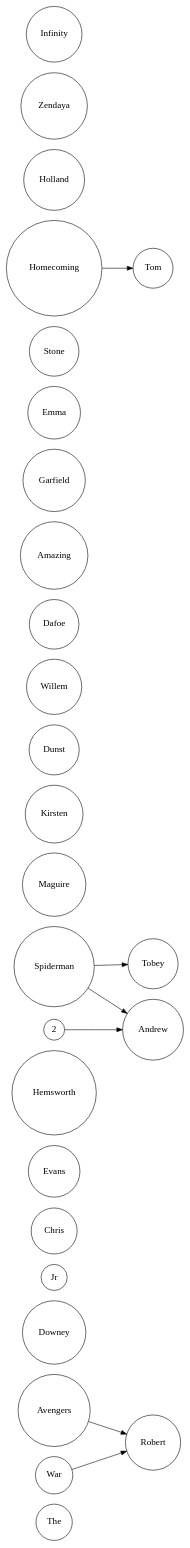
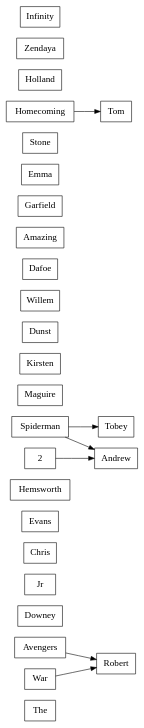
One commit to Billymust/Practica1_LFP changed the diagram in imagen.dot. Above: the diagram before and after it, drawn with Graphviz. The commit also changed 3 other files, not shown here.

```diff
--- a/imagen.dot
+++ b/imagen.dot
@@ -1,10 +1,10 @@
 digraph{  
 rankdir=LR 
-node[shape=circle, fontname="Arial Black", fontsize=16] 
+node[shape=record, fontname="Arial Black", fontsize=16] 
 The Avengers -> Robert Downey Jr,Chris Evans,Chris Hemsworth 
 Spiderman->Tobey Maguire,Kirsten Dunst,Willem Dafoe
 The Amazing Spiderman->Andrew Garfield,Emma Stone
 The Amazing Spiderman 2-> Andrew Garfield,Emma Stone
 Spiderman Homecoming->Tom Holland, Zendaya
 Avengers Infinity War->Robert Downey Jr,Tom Holland
  } 
```
